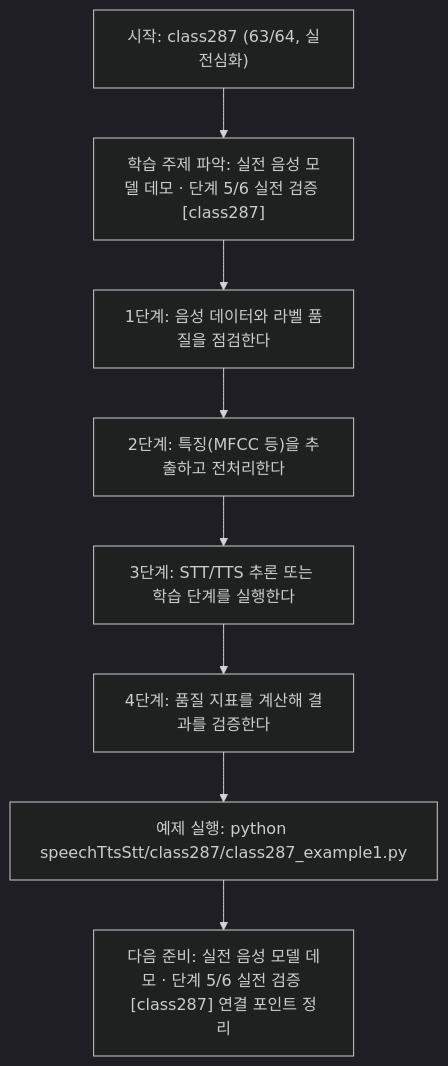
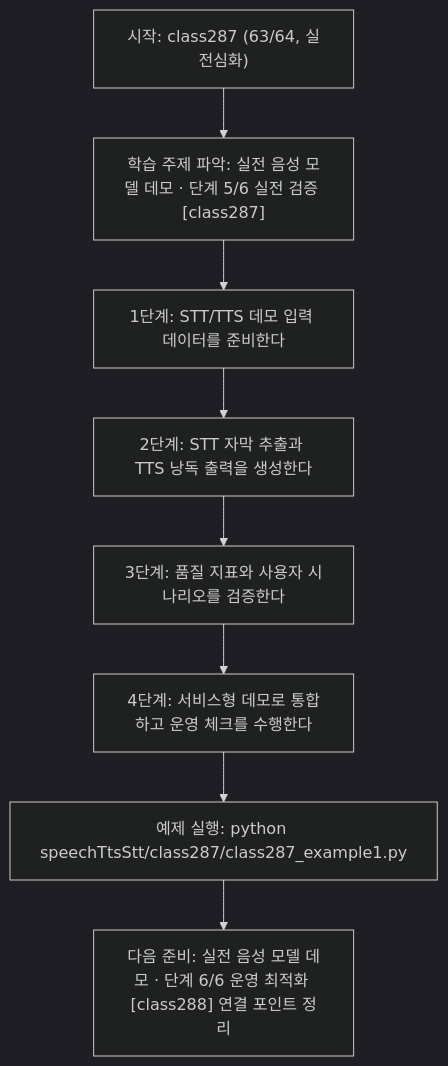
Before and after one commit to edumgt/Python-AI_Agent-Class: the diagram in speechTtsStt/class287/class287.md, drawn with Mermaid (dark theme). The commit also changed other lines of this file and 1122 other files, not shown here.

````diff
--- a/speechTtsStt/class287/class287.md
+++ b/speechTtsStt/class287/class287.md
@@ -115,18 +95,18 @@
 ```mermaid
 flowchart TD
 N1["시작: class287 (63/64, 실전심화)"]
 N2["학습 주제 파악: 실전 음성 모델 데모 · 단계 5/6 실전 검증 [class287]"]
-N3["1단계: 음성 데이터와 라벨 품질을 점검한다"]
-N4["2단계: 특징(MFCC 등)을 추출하고 전처리한다"]
-N5["3단계: STT/TTS 추론 또는 학습 단계를 실행한다"]
-N6["4단계: 품질 지표를 계산해 결과를 검증한다"]
+N3["1단계: STT/TTS 데모 입력 데이터를 준비한다"]
+N4["2단계: STT 자막 추출과 TTS 낭독 출력을 생성한다"]
+N5["3단계: 품질 지표와 사용자 시나리오를 검증한다"]
+N6["4단계: 서비스형 데모로 통합하고 운영 체크를 수행한다"]
 N7["예제 실행: python speechTtsStt/class287/class287_example1.py"]
-N8["다음 준비: 실전 음성 모델 데모 · 단계 5/6 실전 검증 [class287] 연결 포인트 정리"]
+N8["다음 준비: 실전 음성 모델 데모 · 단계 6/6 운영 최적화 [class288] 연결 포인트 정리"]
 N1 --> N2
 N2 --> N3
 N3 --> N4
 N4 --> N5
 N5 --> N6
 N6 --> N7
 N7 --> N8
 ```
````
